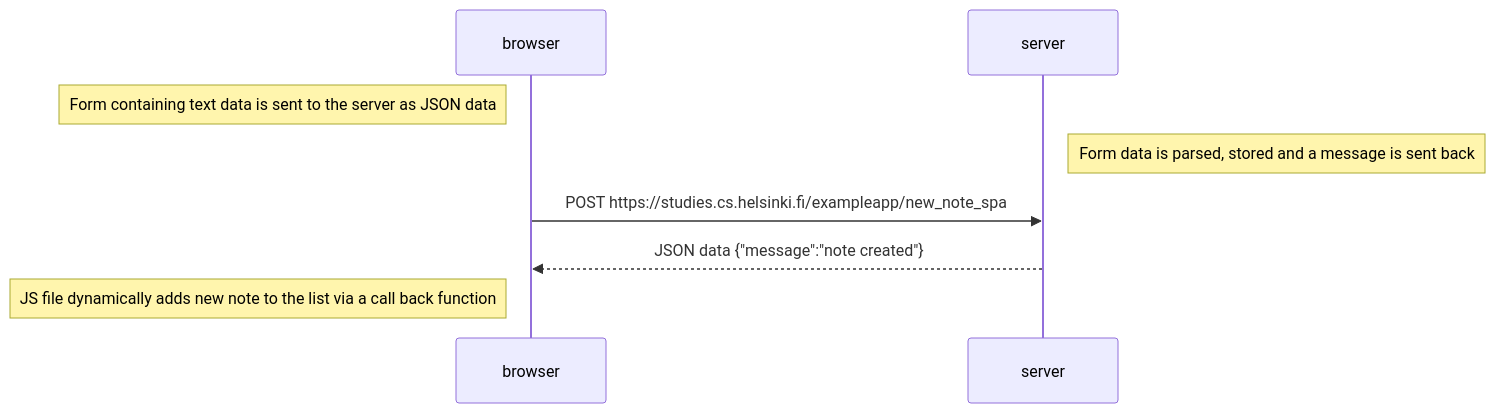
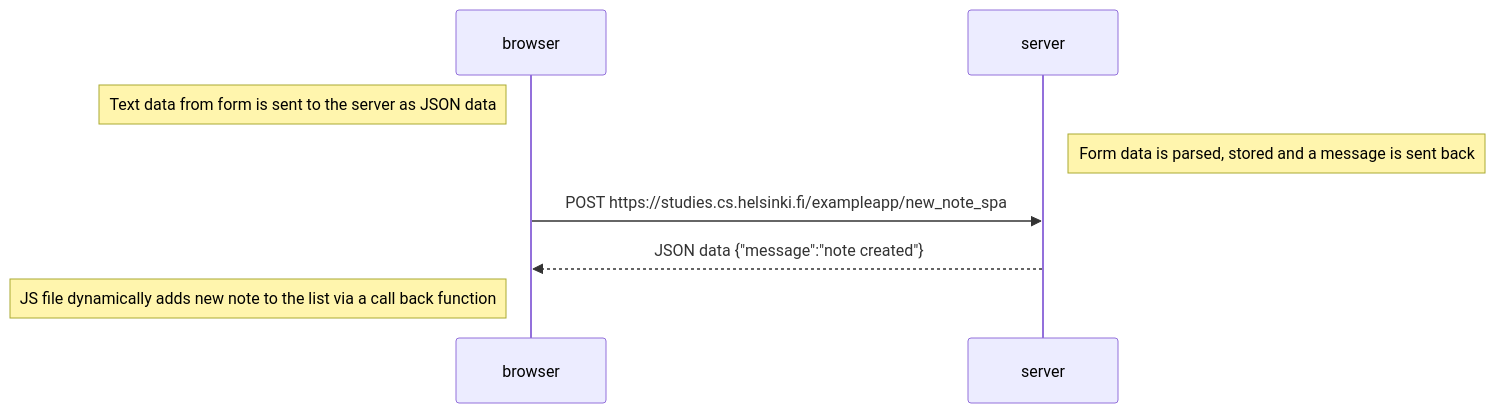
One commit to developer-shirwyn-git/University-full-stack-project changed the diagram in part_0/0_6_new_note_in_single_page_app_diagram.md. Above: the diagram before and after it, drawn with Mermaid. The commit also changed 1 other file, not shown here.

Commit message:
update wording of notes

````diff
--- a/part_0/0_6_new_note_in_single_page_app_diagram.md
+++ b/part_0/0_6_new_note_in_single_page_app_diagram.md
@@ -1,13 +1,13 @@
 ```mermaid
 sequenceDiagram
   participant browser
   participant server
 
-  Note left of browser: Form containing text data is sent to the server as JSON data
+  Note left of browser: Text data from form is sent to the server as JSON data
   Note right of server: Form data is parsed, stored and a message is sent back
 
   browser->>server: POST https://studies.cs.helsinki.fi/exampleapp/new_note_spa
   server-->>browser: JSON data {"message":"note created"}
 
   Note left of browser: JS file dynamically adds new note to the list via a call back function
 ```
````
